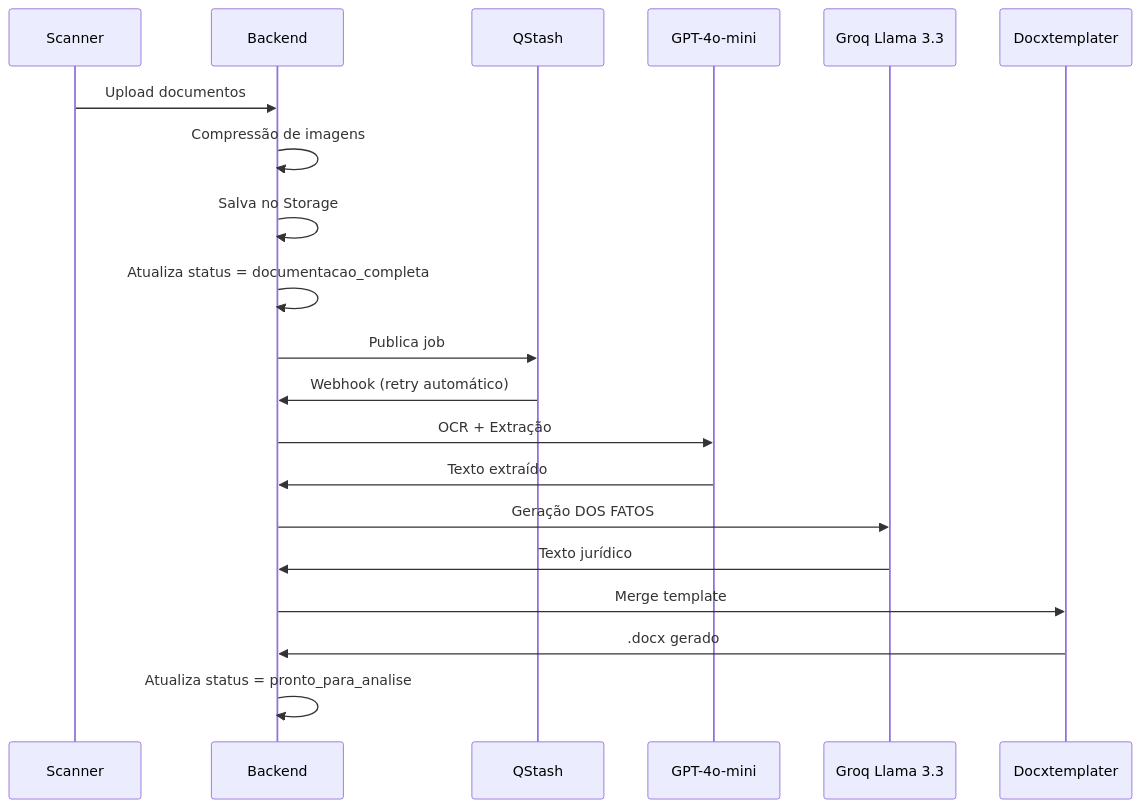
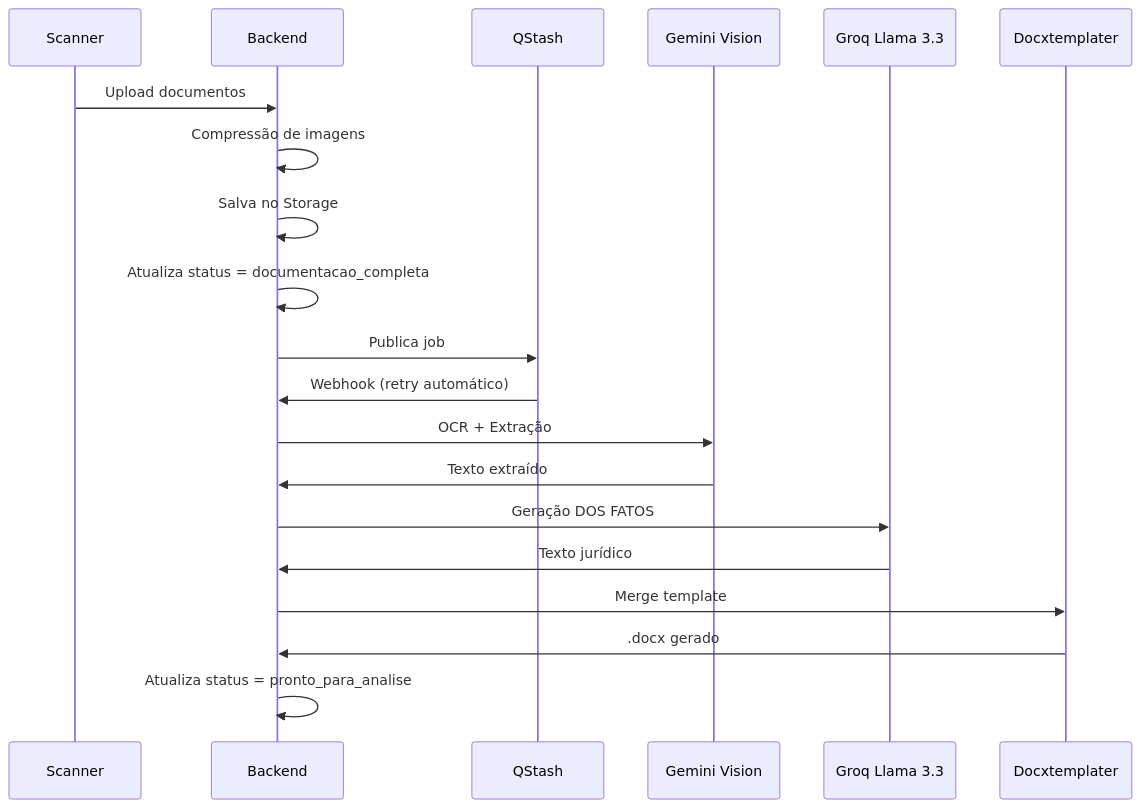
The third of 3 diagrams in arquivos/Conhecimento/01-Referencia/ARCHITECTURE.md (CJVW-Code/maes_acao), drawn with Mermaid before and after one commit. The commit also changed other lines of this file and 27 other files, not shown here.

````diff
--- a/arquivos/Conhecimento/01-Referencia/ARCHITECTURE.md
+++ b/arquivos/Conhecimento/01-Referencia/ARCHITECTURE.md
@@ -282,23 +274,23 @@
 ```mermaid
 sequenceDiagram
     participant S as Scanner
     participant B as Backend
     participant Q as QStash
-    participant GPT as GPT-4o-mini
+    participant G as Gemini Vision
     participant Groq as Groq Llama 3.3
     participant D as Docxtemplater
 
     S->>B: Upload documentos
     B->>B: Compressão de imagens
     B->>B: Salva no Storage
     B->>B: Atualiza status = documentacao_completa
     B->>Q: Publica job
     Q->>B: Webhook (retry automático)
-    B->>GPT: OCR + Extração
-    GPT->>B: Texto extraído
+    B->>G: OCR + Extração
+    G->>B: Texto extraído
     B->>Groq: Geração DOS FATOS
     Groq->>B: Texto jurídico
     B->>D: Merge template
     D->>B: .docx gerado
     B->>B: Atualiza status = pronto_para_analise
 ```
````
